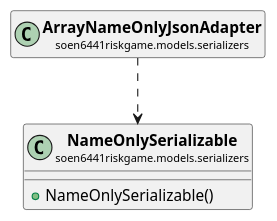
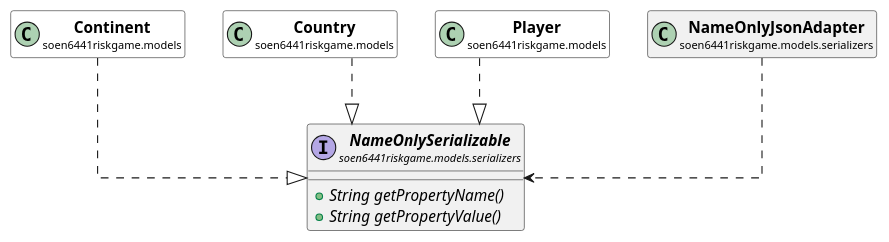
Before and after one commit to huntertran/soen6441-riskgame: the diagram in docs/javadocs/soen6441riskgame/models/serializers/NameOnlySerializable.puml, drawn with PlantUML. The commit also changed 222 other files, not shown here.

```diff
--- a/docs/javadocs/soen6441riskgame/models/serializers/NameOnlySerializable.puml
+++ b/docs/javadocs/soen6441riskgame/models/serializers/NameOnlySerializable.puml
@@ -1,20 +1,45 @@
 @startuml
 
 skinparam svgLinkTarget _parent
 skinparam linetype ortho
 set namespaceSeparator none
-class "<b><size:14>NameOnlySerializable</b>\n<size:10>soen6441riskgame.models.serializers" as soen6441riskgame.models.serializers.NameOnlySerializable  [[../../../soen6441riskgame/models/serializers/NameOnlySerializable.html{soen6441riskgame.models.serializers.NameOnlySerializable}]] {
-+NameOnlySerializable()
+interface "<b><size:14>NameOnlySerializable</b>\n<size:10>soen6441riskgame.models.serializers" as soen6441riskgame.models.serializers.NameOnlySerializable  [[../../../soen6441riskgame/models/serializers/NameOnlySerializable.html{soen6441riskgame.models.serializers.NameOnlySerializable}]] {
+{abstract} +String getPropertyName()
+{abstract} +String getPropertyValue()
 }
 
 
-class "<b><size:14>ArrayNameOnlyJsonAdapter</b>\n<size:10>soen6441riskgame.models.serializers" as soen6441riskgame.models.serializers.ArrayNameOnlyJsonAdapter  [[../../../soen6441riskgame/models/serializers/ArrayNameOnlyJsonAdapter.html{soen6441riskgame.models.serializers.ArrayNameOnlyJsonAdapter}]] {
+class "<b><size:14>Continent</b>\n<size:10>soen6441riskgame.models" as soen6441riskgame.models.Continent  [[../../../soen6441riskgame/models/Continent.html{soen6441riskgame.models.Continent}]] #white {
 }
 
-hide soen6441riskgame.models.serializers.ArrayNameOnlyJsonAdapter fields
-hide soen6441riskgame.models.serializers.ArrayNameOnlyJsonAdapter methods
+hide soen6441riskgame.models.Continent fields
+hide soen6441riskgame.models.Continent methods
 
-soen6441riskgame.models.serializers.ArrayNameOnlyJsonAdapter ..> soen6441riskgame.models.serializers.NameOnlySerializable
+soen6441riskgame.models.Continent ..|> soen6441riskgame.models.serializers.NameOnlySerializable
+
+class "<b><size:14>Country</b>\n<size:10>soen6441riskgame.models" as soen6441riskgame.models.Country  [[../../../soen6441riskgame/models/Country.html{soen6441riskgame.models.Country}]] #white {
+}
+
+hide soen6441riskgame.models.Country fields
+hide soen6441riskgame.models.Country methods
+
+soen6441riskgame.models.Country ..|> soen6441riskgame.models.serializers.NameOnlySerializable
+
+class "<b><size:14>Player</b>\n<size:10>soen6441riskgame.models" as soen6441riskgame.models.Player  [[../../../soen6441riskgame/models/Player.html{soen6441riskgame.models.Player}]] #white {
+}
+
+hide soen6441riskgame.models.Player fields
+hide soen6441riskgame.models.Player methods
+
+soen6441riskgame.models.Player ..|> soen6441riskgame.models.serializers.NameOnlySerializable
+
+class "<b><size:14>NameOnlyJsonAdapter</b>\n<size:10>soen6441riskgame.models.serializers" as soen6441riskgame.models.serializers.NameOnlyJsonAdapter  [[../../../soen6441riskgame/models/serializers/NameOnlyJsonAdapter.html{soen6441riskgame.models.serializers.NameOnlyJsonAdapter}]] {
+}
+
+hide soen6441riskgame.models.serializers.NameOnlyJsonAdapter fields
+hide soen6441riskgame.models.serializers.NameOnlyJsonAdapter methods
+
+soen6441riskgame.models.serializers.NameOnlyJsonAdapter ..> soen6441riskgame.models.serializers.NameOnlySerializable
 
 
 @enduml
```
